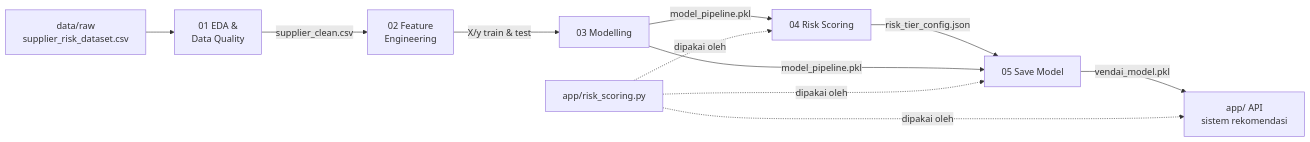
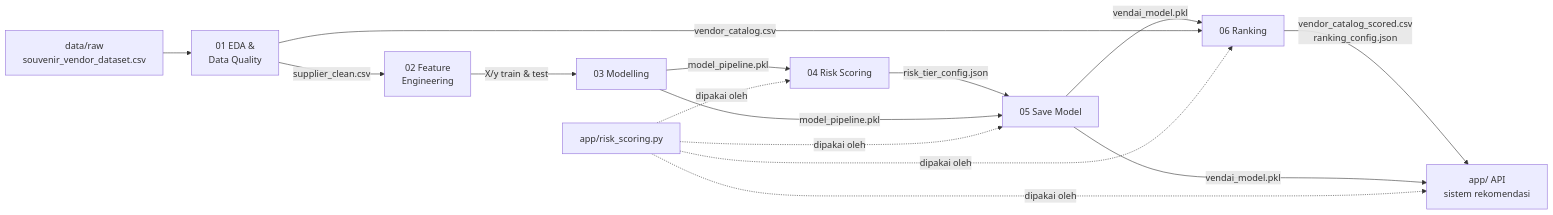
One commit to vihaikel/Capstone-Project---VendAI changed the diagram in README.md. Above: the diagram before and after it, drawn with Mermaid. The commit also changed other lines of this file and 7 other files, not shown here.

Commit message:
feat: generate fitur tambahan pada dataset dan ranking sesuai filter

````diff
--- a/README.md
+++ b/README.md
@@ -19,13 +21,17 @@
 ```mermaid
 flowchart LR
-    A[data/raw<br>supplier_risk_dataset.csv] --> B[01 EDA &<br>Data Quality]
+    A[data/raw<br>souvenir_vendor_dataset.csv] --> B[01 EDA &<br>Data Quality]
     B -->|supplier_clean.csv| C[02 Feature<br>Engineering]
     C -->|X/y train & test| D[03 Modelling]
     D -->|model_pipeline.pkl| E[04 Risk Scoring]
     E -->|risk_tier_config.json| F[05 Save Model]
     D -->|model_pipeline.pkl| F
-    F -->|vendai_model.pkl| G[app/ API<br>sistem rekomendasi]
+    F -->|vendai_model.pkl| R[06 Ranking]
+    B -->|vendor_catalog.csv| R
+    R -->|vendor_catalog_scored.csv<br>ranking_config.json| G[app/ API<br>sistem rekomendasi]
+    F -->|vendai_model.pkl| G
     H[app/risk_scoring.py] -.dipakai oleh.-> E
     H -.dipakai oleh.-> F
+    H -.dipakai oleh.-> R
     H -.dipakai oleh.-> G
 ```
````
